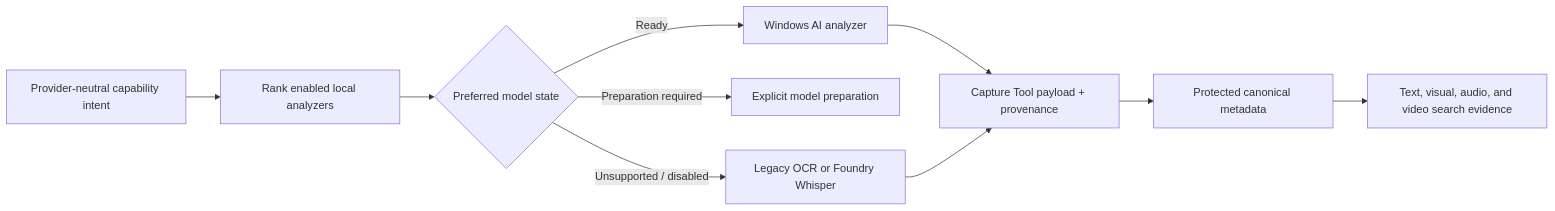
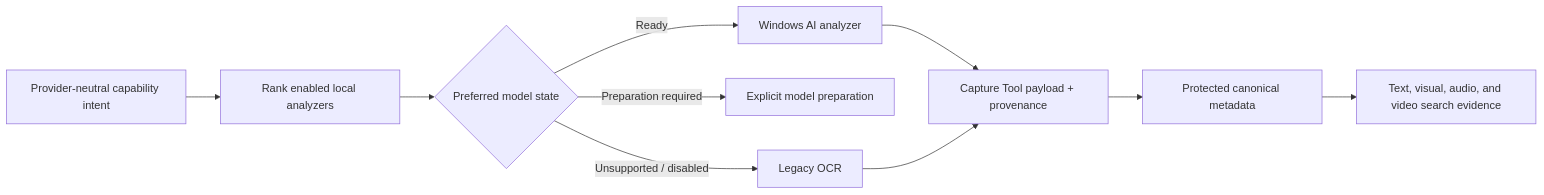
Before and after one commit to shanebweaver/CaptureTool: the diagram in docs/prd-windows-ai-analysis-upgrade.md, drawn with Mermaid. The commit also changed other lines of this file and 44 other files, not shown here.

Commit message:
Prefer Nemotron speech recognition with Whisper fallback

````diff
--- a/docs/prd-windows-ai-analysis-upgrade.md
+++ b/docs/prd-windows-ai-analysis-upgrade.md
@@ -40,12 +40,12 @@
 ```mermaid
 flowchart LR
     Intent["Provider-neutral capability intent"] --> Resolver["Rank enabled local analyzers"]
     Resolver --> Probe{"Preferred model state"}
     Probe -->|"Ready"| Preferred["Windows AI analyzer"]
     Probe -->|"Preparation required"| Prepare["Explicit model preparation"]
-    Probe -->|"Unsupported / disabled"| Fallback["Legacy OCR or Foundry Whisper"]
+    Probe -->|"Unsupported / disabled"| Fallback["Legacy OCR"]
     Preferred --> Normalize["Capture Tool payload + provenance"]
     Fallback --> Normalize
     Normalize --> Metadata["Protected canonical metadata"]
     Metadata --> Search["Text, visual, audio, and video search evidence"]
 ```
````
